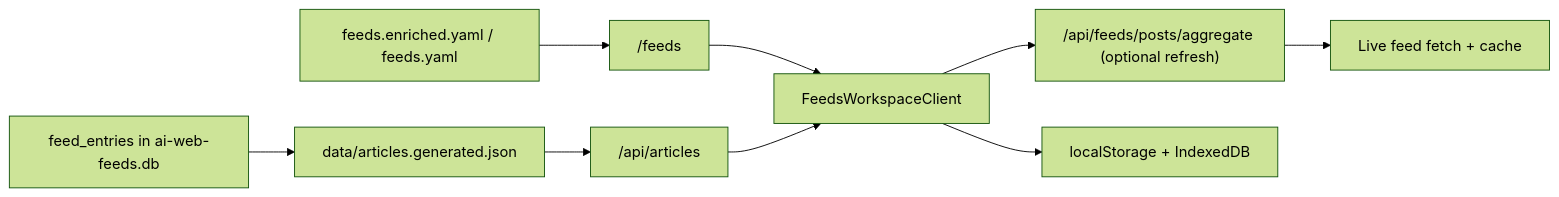
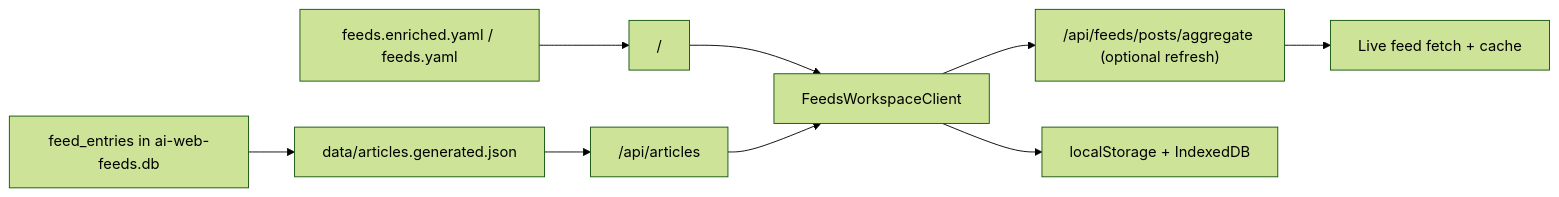
Before and after one commit to wyattowalsh/ai-web-feeds: the diagram in apps/web/content/docs/features/reader.mdx, drawn with Mermaid (forest theme). The commit also changed other lines of this file and 15 other files, not shown here.

````diff
--- a/apps/web/content/docs/features/reader.mdx
+++ b/apps/web/content/docs/features/reader.mdx
@@ -51,11 +53,11 @@
 ```mermaid
 flowchart LR
-    catalog["feeds.enriched.yaml / feeds.yaml"] --> route["/feeds"]
+    catalog["feeds.enriched.yaml / feeds.yaml"] --> route["/"]
     runtime["feed_entries in ai-web-feeds.db"] --> corpus["data/articles.generated.json"]
     corpus --> browse["/api/articles"]
     route --> ui["FeedsWorkspaceClient"]
     browse --> ui
     ui --> aggregate["/api/feeds/posts/aggregate (optional refresh)"]
     aggregate --> fetch["Live feed fetch + cache"]
     ui --> local["localStorage + IndexedDB"]
 ```
````
